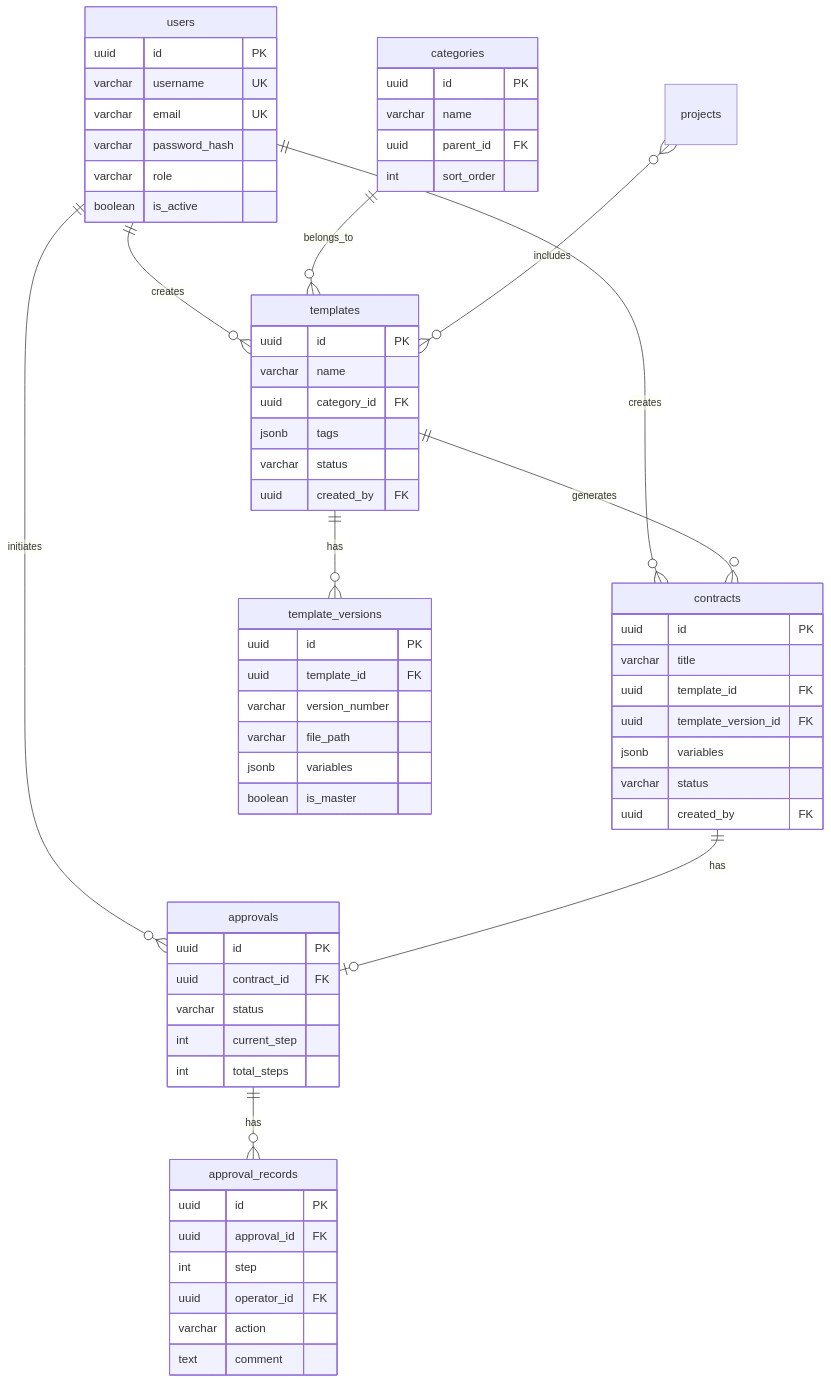
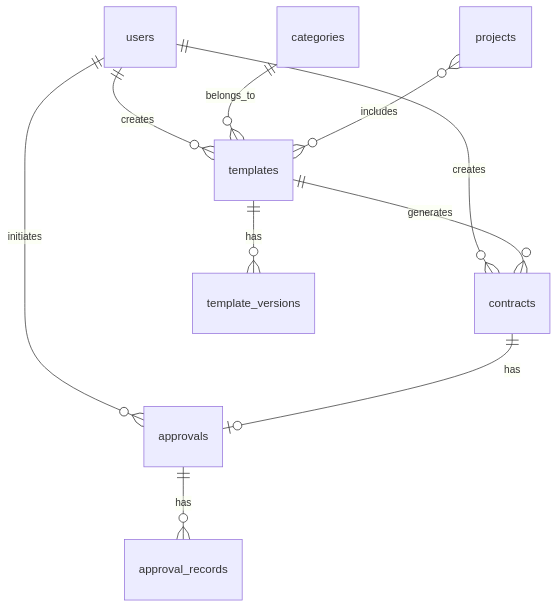
The third of 4 diagrams in docs/report.md (mjzboe/contract-template), drawn with Mermaid before and after one commit. The commit also changed other lines of this file and 19 other files, not shown here.

````diff
--- a/docs/report.md
+++ b/docs/report.md
@@ -104,67 +98,12 @@
 ```mermaid
 erDiagram
     users ||--o{ templates : creates
     users ||--o{ contracts : creates
     users ||--o{ approvals : initiates
     categories ||--o{ templates : belongs_to
     templates ||--o{ template_versions : has
     templates ||--o{ contracts : generates
     contracts ||--o| approvals : has
     approvals ||--o{ approval_records : has
     projects }o--o{ templates : includes
-
-    users {
-        uuid id PK
-        varchar username UK
-        varchar email UK
-        varchar password_hash
-        varchar role
-        boolean is_active
-    }
-    categories {
-        uuid id PK
-        varchar name
-        uuid parent_id FK
-        int sort_order
-    }
-    templates {
-        uuid id PK
-        varchar name
-        uuid category_id FK
-        jsonb tags
-        varchar status
-        uuid created_by FK
-    }
-    template_versions {
-        uuid id PK
-        uuid template_id FK
-        varchar version_number
-        varchar file_path
-        jsonb variables
-        boolean is_master
-    }
-    contracts {
-        uuid id PK
-        varchar title
-        uuid template_id FK
-        uuid template_version_id FK
-        jsonb variables
-        varchar status
-        uuid created_by FK
-    }
-    approvals {
-        uuid id PK
-        uuid contract_id FK
-        varchar status
-        int current_step
-        int total_steps
-    }
-    approval_records {
-        uuid id PK
-        uuid approval_id FK
-        int step
-        uuid operator_id FK
-        varchar action
-        text comment
-    }
 ```
````
